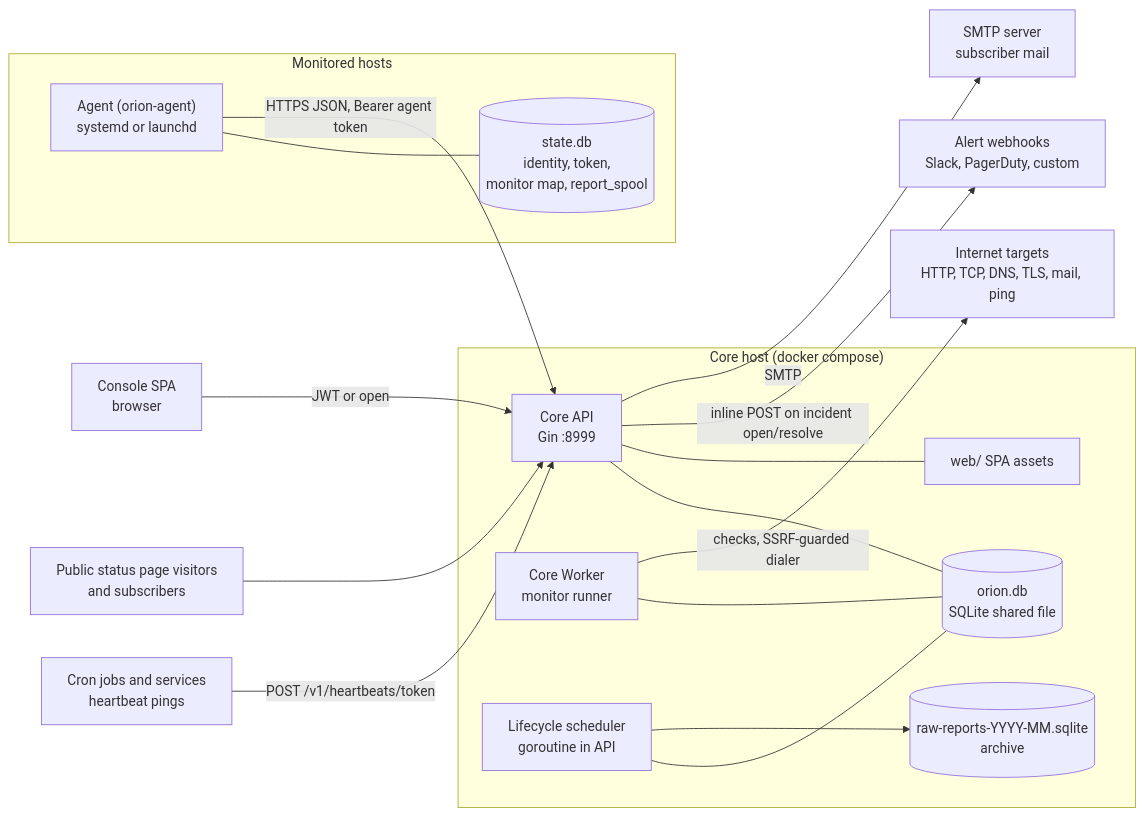
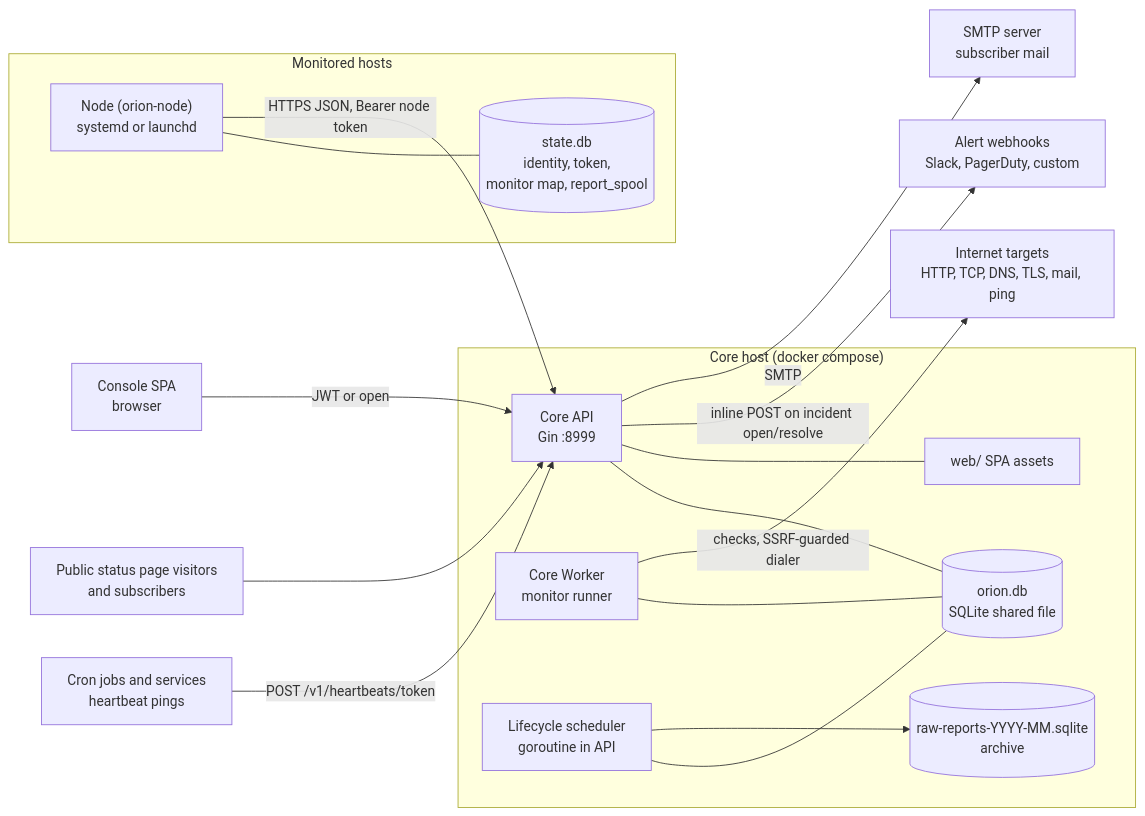
One commit to sunday-studio/orion changed the first of 6 diagrams in docs/architecture/backend-architecture.md. Above: the diagram before and after it, drawn with Mermaid. The commit also changed other lines of this file and 815 other files, not shown here.

First line of the commit message:
refactor(repo): rename agent to node, mechanical part

````diff
--- a/docs/architecture/backend-architecture.md
+++ b/docs/architecture/backend-architecture.md
@@ -34,37 +34,37 @@
 ```mermaid
 flowchart LR
   subgraph Hosts["Monitored hosts"]
-    A1["Agent (orion-agent)<br/>systemd or launchd"]
+    A1["Node (orion-node)<br/>systemd or launchd"]
     A1S[("state.db<br/>identity, token,<br/>monitor map, report_spool")]
     A1 --- A1S
   end
 
   subgraph CoreHost["Core host (docker compose)"]
     API["Core API<br/>Gin :8999"]
     WRK["Core Worker<br/>monitor runner"]
     SCH["Lifecycle scheduler<br/>goroutine in API"]
     DB[("orion.db<br/>SQLite shared file")]
     ARC[("raw-reports-YYYY-MM.sqlite<br/>archive")]
     WEB["web/ SPA assets"]
     API --- DB
     WRK --- DB
     SCH --- DB
     SCH --> ARC
     API --- WEB
   end
 
   CON["Console SPA<br/>browser"]
   PUB["Public status page visitors<br/>and subscribers"]
   HB["Cron jobs and services<br/>heartbeat pings"]
   HOOK["Alert webhooks<br/>Slack, PagerDuty, custom"]
   SMTP["SMTP server<br/>subscriber mail"]
   TARGETS["Internet targets<br/>HTTP, TCP, DNS, TLS, mail, ping"]
 
-  A1 -- "HTTPS JSON, Bearer agent token" --> API
+  A1 -- "HTTPS JSON, Bearer node token" --> API
   CON -- "JWT or open" --> API
   PUB --> API
   HB -- "POST /v1/heartbeats/token" --> API
   WRK -- "checks, SSRF-guarded dialer" --> TARGETS
   API -- "inline POST on incident open/resolve" --> HOOK
   API -- "SMTP" --> SMTP
 ```
````
